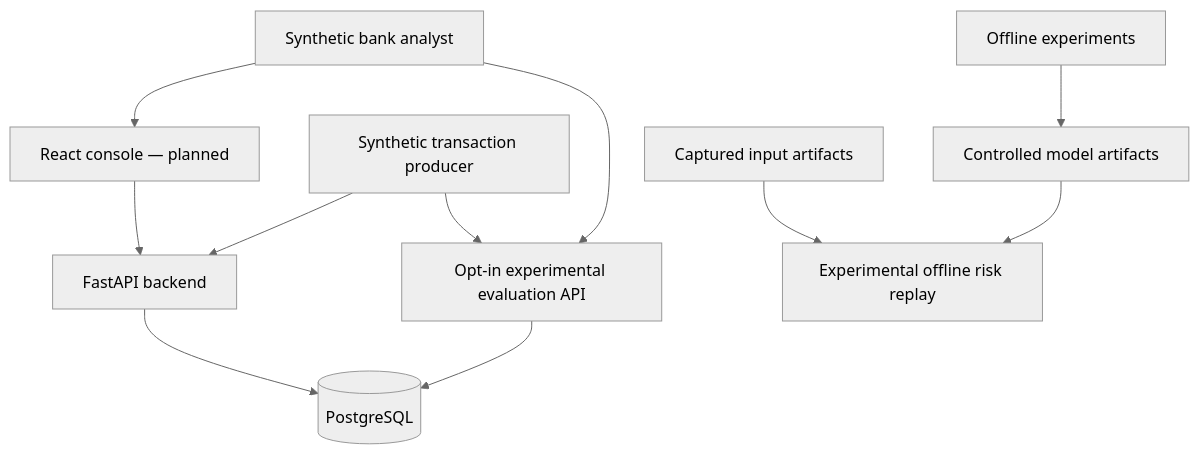
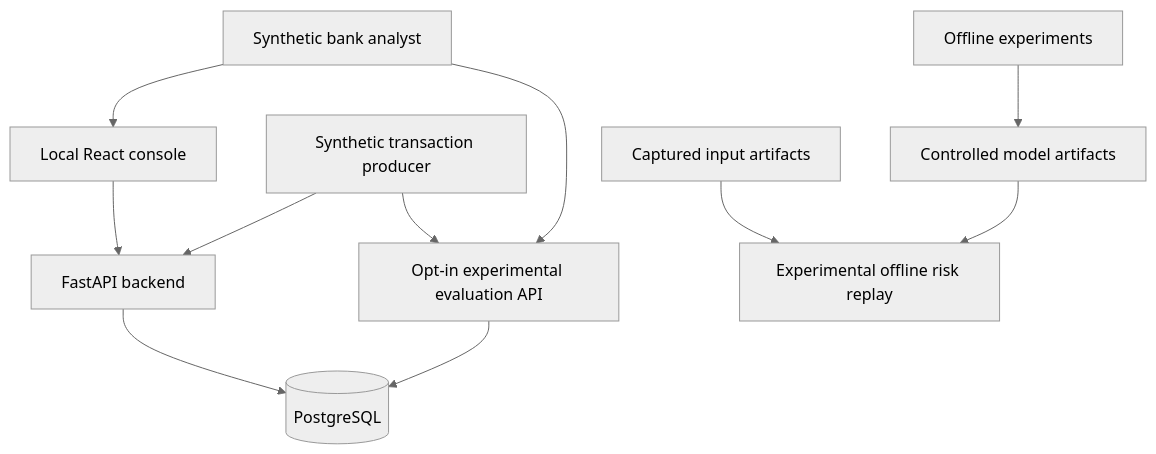
The diagram in docs/architecture/README.md (nuchaaa/FraudLens), drawn with Mermaid (neutral theme) before and after one commit. The commit also changed other lines of this file and 40 other files, not shown here.

Commit message:
Add scoped local analyst console

````diff
--- a/docs/architecture/README.md
+++ b/docs/architecture/README.md
@@ -5,13 +5,13 @@
 ```mermaid
 flowchart TB
-  Analyst[Synthetic bank analyst] --> Web[React console — planned]
+  Analyst[Synthetic bank analyst] --> Web[Local React console]
   Service[Synthetic transaction producer] --> API[FastAPI backend]
   Web --> API
   API --> DB[(PostgreSQL)]
   Train[Offline experiments] --> Artifacts[Controlled model artifacts]
   Artifacts --> Replay[Experimental offline risk replay]
   Context[Captured input artifacts] --> Replay
   Service --> Eval[Opt-in experimental evaluation API]
   Analyst --> Eval
   Eval --> DB
 ```
````
